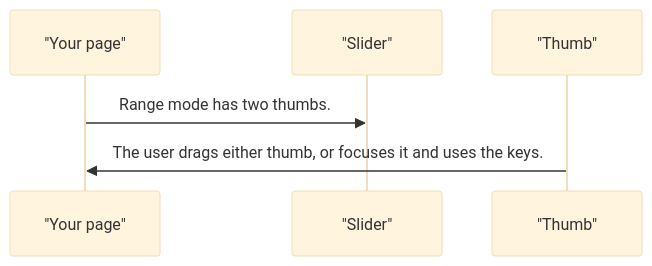
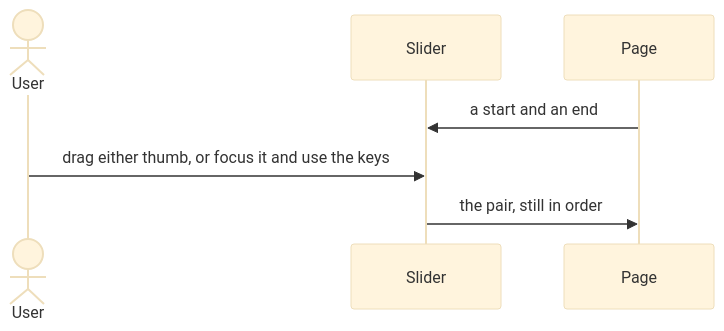
Before and after one commit to RajshekharBorate/pixel-ui: the third of 4 diagrams in projects/pixel-ui/src/lib/pixel-slider/DESIGN.md, drawn with Mermaid (base theme). The commit also changed other lines of this file and 73 other files, not shown here.

Commit message:
Explain who owns each value and what each flow does in every component and service design.

````diff
--- a/projects/pixel-ui/src/lib/pixel-slider/DESIGN.md
+++ b/projects/pixel-ui/src/lib/pixel-slider/DESIGN.md
@@ -66,8 +80,9 @@
 ```mermaid
 sequenceDiagram
-  participant page as "Your page"
-  participant slider as "Slider"
-  participant thumb as "Thumb"
-  page->>slider: Range mode has two thumbs.
-  thumb->>page: The user drags either thumb, or focuses it and uses the keys.
+  actor User
+  participant Slider
+  participant Page
+  Page->>Slider: a start and an end
+  User->>Slider: drag either thumb, or focus it and use the keys
+  Slider->>Page: the pair, still in order
 ```
````
